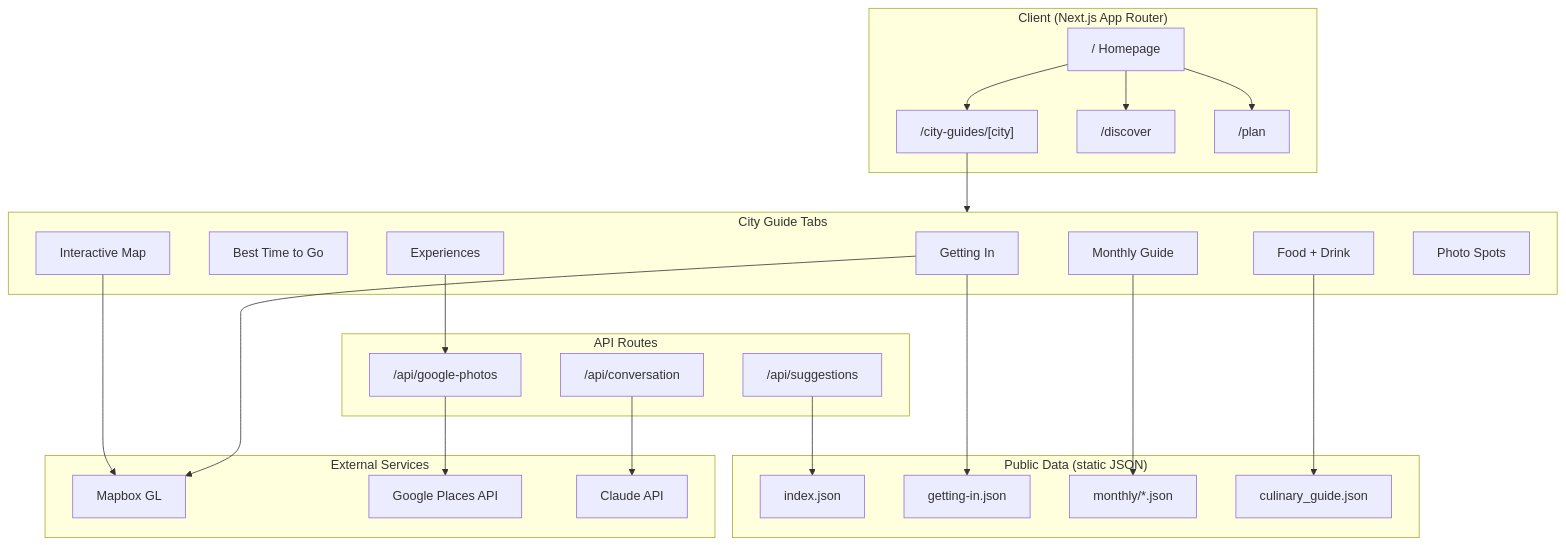
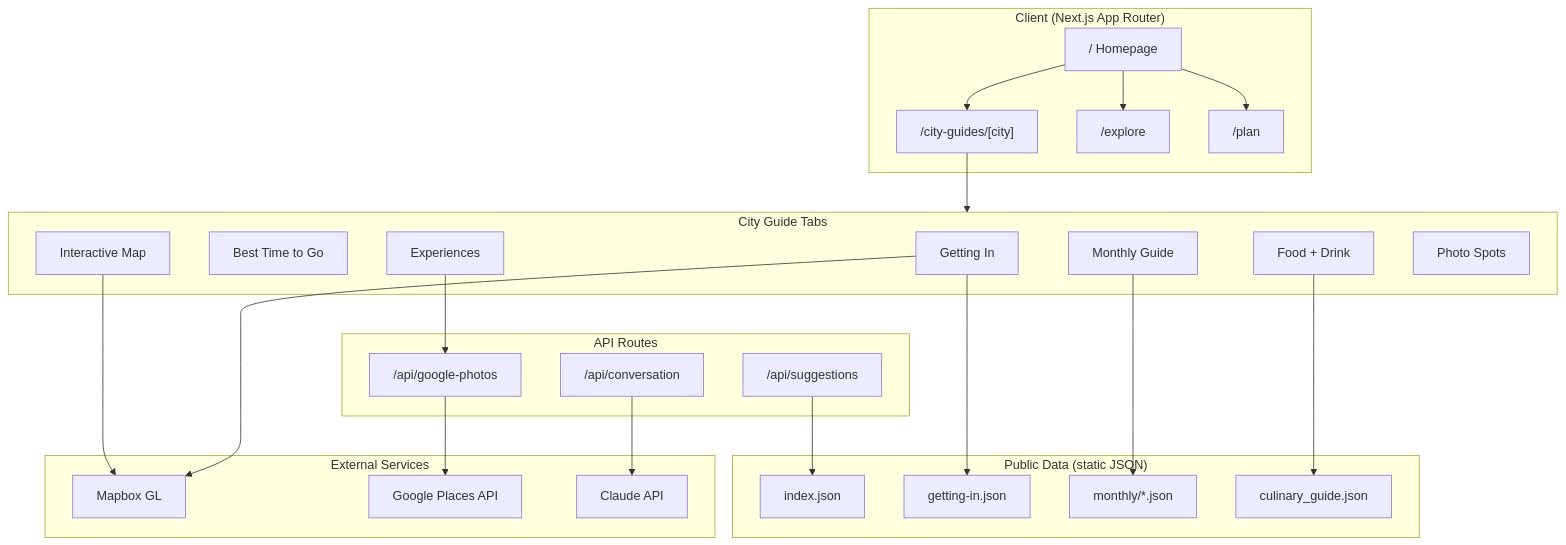
One commit to bme3412/eurotrip-planner changed the first of 2 diagrams in README.md. Above: the diagram before and after it, drawn with Mermaid. The commit also changed other lines of this file and 40 other files, not shown here.

````diff
--- a/README.md
+++ b/README.md
@@ -7,54 +7,54 @@
 ```mermaid
 flowchart TB
     subgraph Client["Client (Next.js App Router)"]
         Home["/ Homepage"]
         CityGuides["/city-guides/[city]"]
-        Discover["/discover"]
+        Discover["/explore"]
         Plan["/plan"]
     end
 
     subgraph CityGuidesTabs["City Guide Tabs"]
         GettingIn["Getting In"]
         BestTime["Best Time to Go"]
         Map["Interactive Map"]
         Monthly["Monthly Guide"]
         Experiences["Experiences"]
         FoodDrink["Food + Drink"]
         PhotoSpots["Photo Spots"]
     end
 
     subgraph Data["Public Data (static JSON)"]
         CityIndex["index.json"]
         GettingInData["getting-in.json"]
         MonthlyData["monthly/*.json"]
         Culinary["culinary_guide.json"]
     end
 
     subgraph APIs["API Routes"]
         Suggestions["/api/suggestions"]
         GooglePhotos["/api/google-photos"]
         Conversation["/api/conversation"]
     end
 
     subgraph External["External Services"]
         Mapbox["Mapbox GL"]
         GooglePlaces["Google Places API"]
         Claude["Claude API"]
     end
 
     Home --> CityGuides
     Home --> Discover
     Home --> Plan
 
     CityGuides --> CityGuidesTabs
     GettingIn --> GettingInData
     GettingIn --> Mapbox
     Monthly --> MonthlyData
     FoodDrink --> Culinary
     Experiences --> GooglePhotos
 
     GooglePhotos --> GooglePlaces
     Conversation --> Claude
     Suggestions --> CityIndex
     Map --> Mapbox
 ```
````
